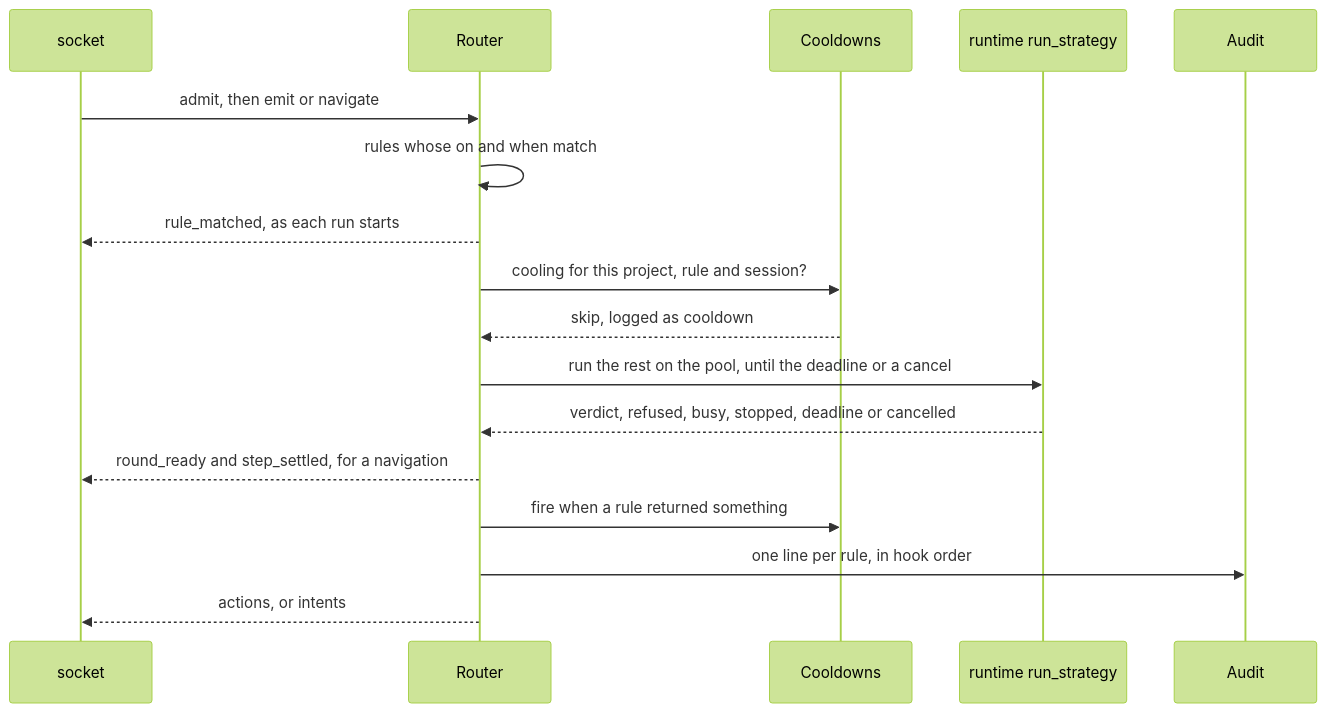
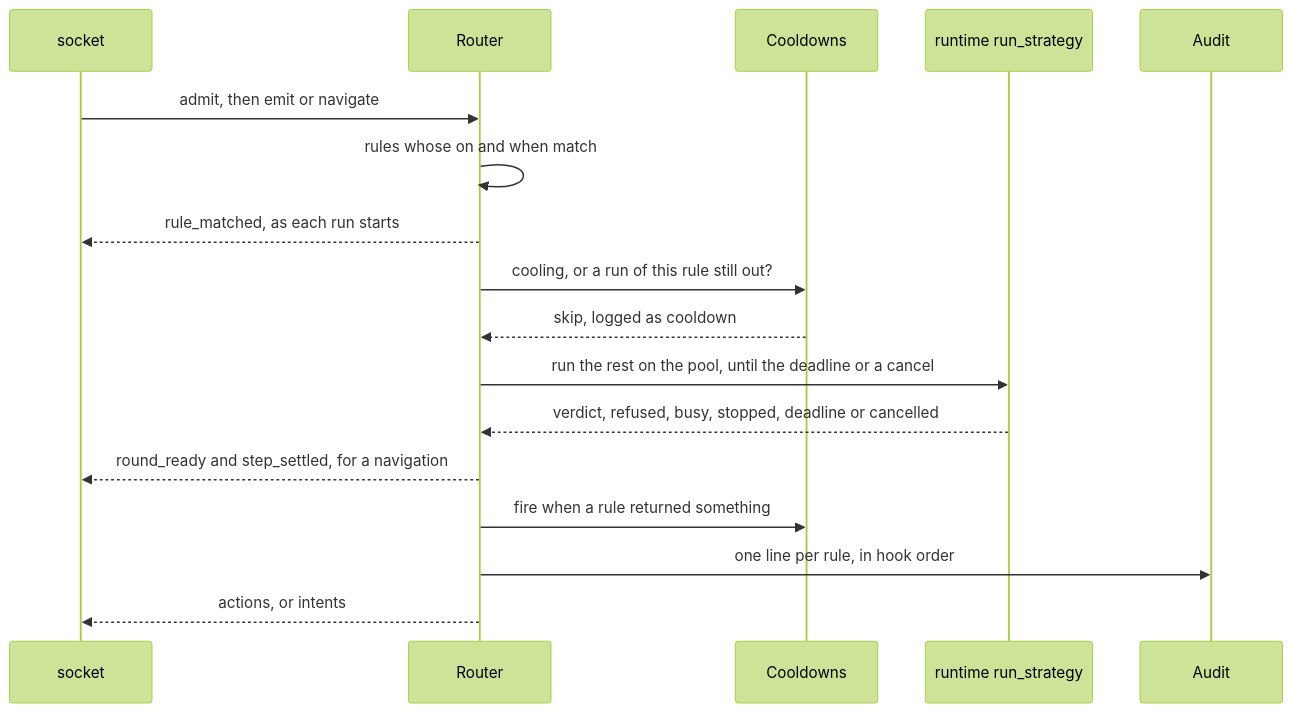
Before and after one commit to wrkhse/chauffeur: the diagram in crates/daemon/src/route/README.md, drawn with Mermaid (forest theme). The commit also changed other lines of this file and 5 other files, not shown here.

````diff
--- a/crates/daemon/src/route/README.md
+++ b/crates/daemon/src/route/README.md
@@ -14,19 +14,19 @@
 ```mermaid
 sequenceDiagram
     participant S as socket
     participant R as Router
     participant C as Cooldowns
     participant W as runtime run_strategy
     participant A as Audit
     S->>R: admit, then emit or navigate
     R->>R: rules whose on and when match
     R-->>S: rule_matched, as each run starts
-    R->>C: cooling for this project, rule and session?
+    R->>C: cooling, or a run of this rule still out?
     C-->>R: skip, logged as cooldown
     R->>W: run the rest on the pool, until the deadline or a cancel
     W-->>R: verdict, refused, busy, stopped, deadline or cancelled
     R-->>S: round_ready and step_settled, for a navigation
     R->>C: fire when a rule returned something
     R->>A: one line per rule, in hook order
     R-->>S: actions, or intents
 ```
````
